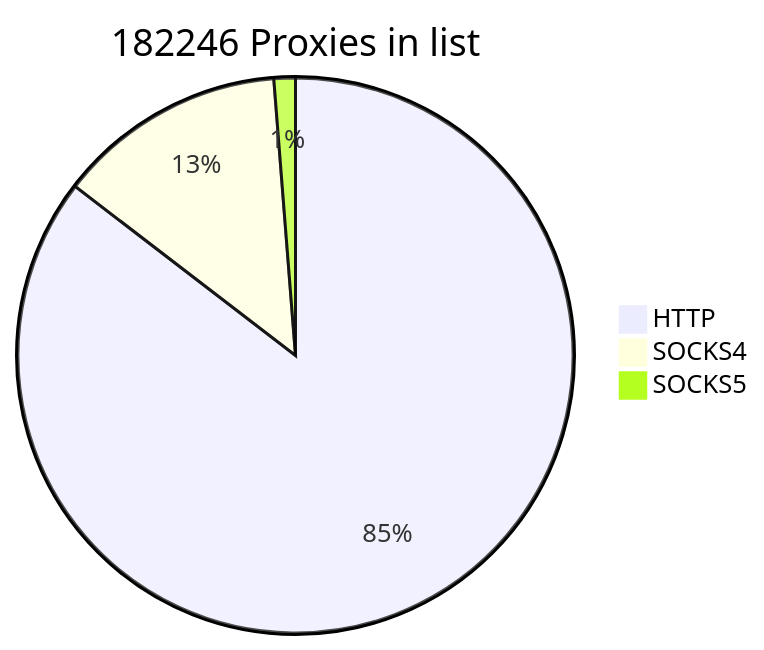
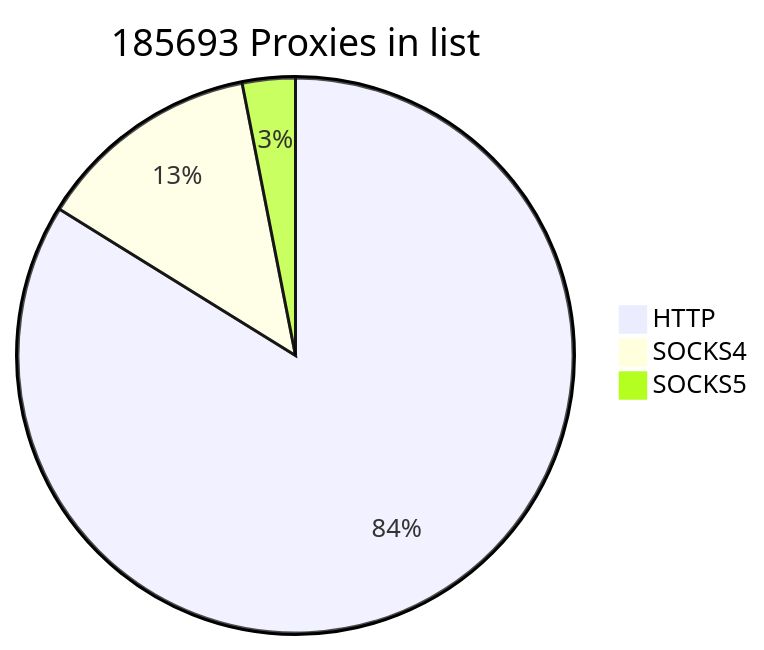
The first of 2 diagrams in README.md (cutipu/proxylist), drawn with Mermaid before and after one commit. The commit also changed other lines of this file, not shown here.

````diff
--- a/README.md
+++ b/README.md
@@ -2,7 +2,7 @@
 ```mermaid
-pie title 182246 Proxies in list
+pie title 185693 Proxies in list
     "HTTP" : 155676
-    "SOCKS4" : 24297
-    "SOCKS5" : 2273
+    "SOCKS4" : 24296
+    "SOCKS5" : 5721
             
 ```
````
